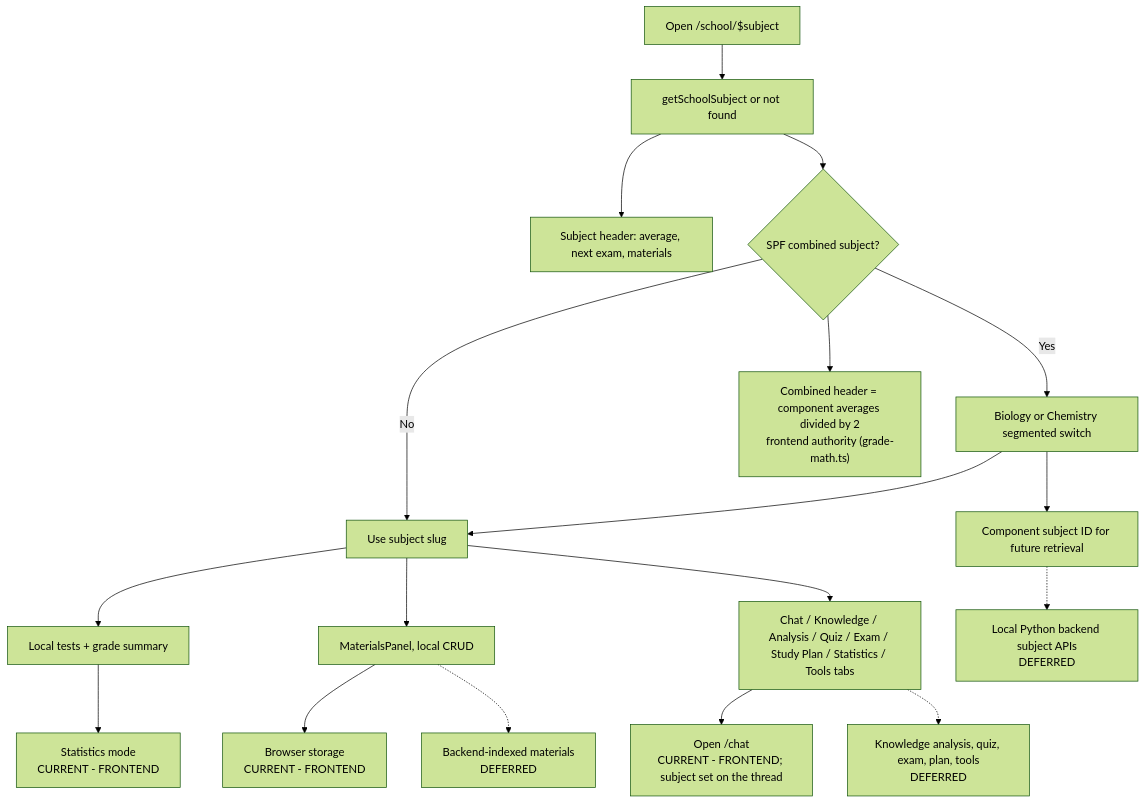
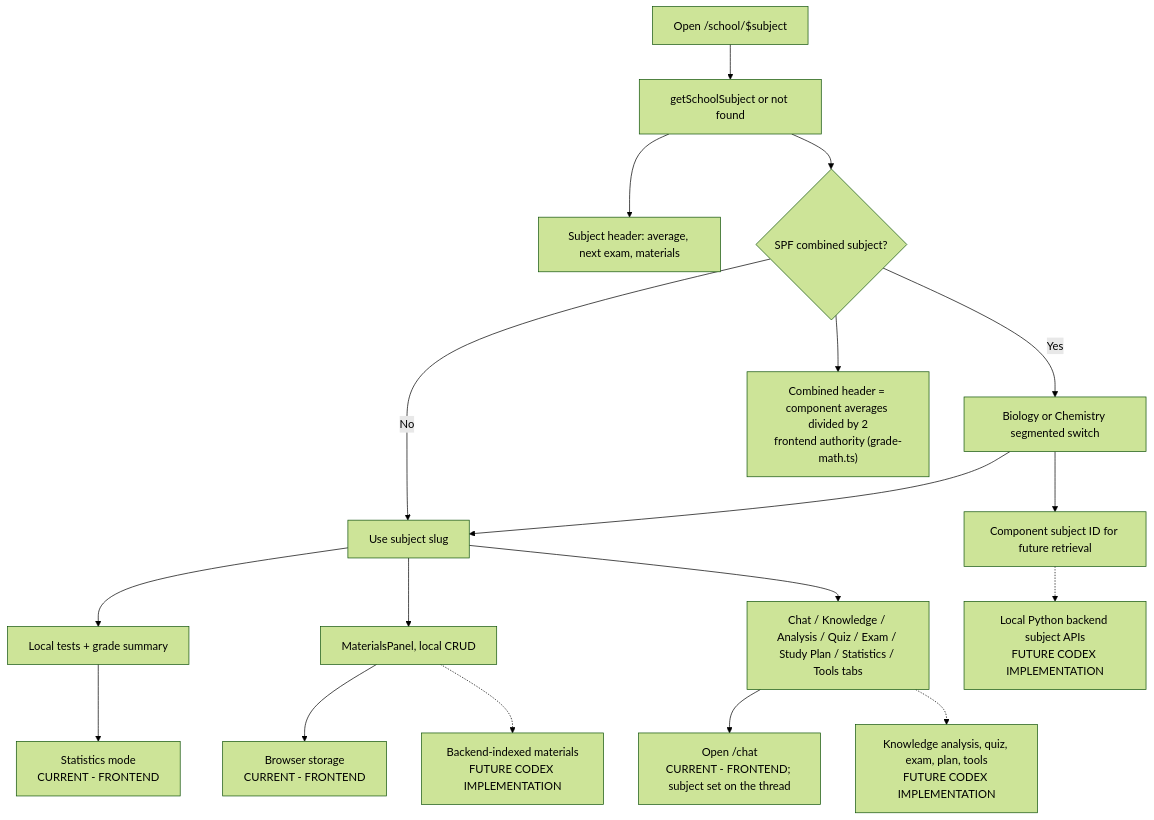
Before and after one commit to keyshavmor/study-swiss-star: the diagram in lovabledocs/wireframes/08-subject-workspace.mmd, drawn with Mermaid (forest theme). The commit also changed 231 other files, not shown here.

```diff
--- a/lovabledocs/wireframes/08-subject-workspace.mmd
+++ b/lovabledocs/wireframes/08-subject-workspace.mmd
@@ -1,19 +1,19 @@
 %% /school/$subject workspace (routes/_authenticated/school.$subject.tsx).
 flowchart TD
   Route["Open /school/$subject"] --> Lookup["getSchoolSubject or not found"]
   Lookup --> Header["Subject header: average, next exam, materials"]
   Lookup --> Components{"SPF combined subject?"}
   Components -->|No| Active["Use subject slug"]
   Components -->|Yes| Toggle["Biology or Chemistry segmented switch"]
   Toggle --> Active
   Active --> Grades["Local tests + grade summary"]
   Active --> Materials["MaterialsPanel, local CRUD"]
   Active --> Modes["Chat / Knowledge / Analysis / Quiz / Exam / Study Plan / Statistics / Tools tabs"]
   Grades --> Stats["Statistics mode<br/>CURRENT - FRONTEND"]
   Modes --> Chat["Open /chat<br/>CURRENT - FRONTEND; subject set on the thread"]
-  Modes -.-> Future["Knowledge analysis, quiz, exam, plan, tools<br/>DEFERRED"]
+  Modes -.-> Future["Knowledge analysis, quiz, exam, plan, tools<br/>FUTURE CODEX IMPLEMENTATION"]
   Materials --> Local["Browser storage<br/>CURRENT - FRONTEND"]
-  Materials -.-> Indexed["Backend-indexed materials<br/>DEFERRED"]
+  Materials -.-> Indexed["Backend-indexed materials<br/>FUTURE CODEX IMPLEMENTATION"]
   Toggle --> Scope["Component subject ID for future retrieval"]
-  Scope -.-> Python["Local Python backend subject APIs<br/>DEFERRED"]
+  Scope -.-> Python["Local Python backend subject APIs<br/>FUTURE CODEX IMPLEMENTATION"]
   Components --> Formula["Combined header = component averages divided by 2<br/>frontend authority (grade-math.ts)"]
```
